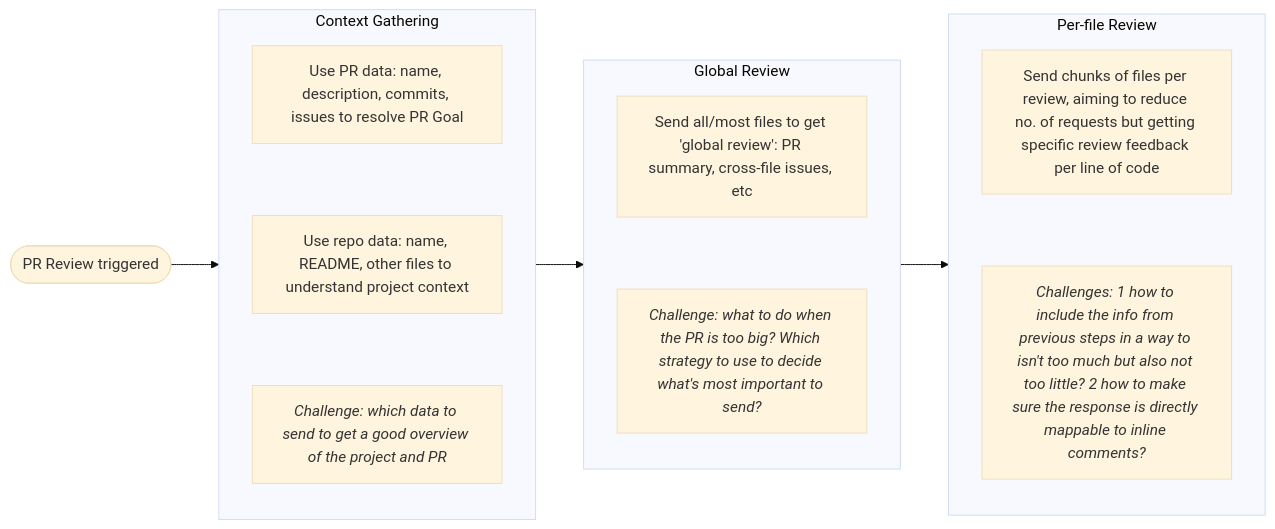
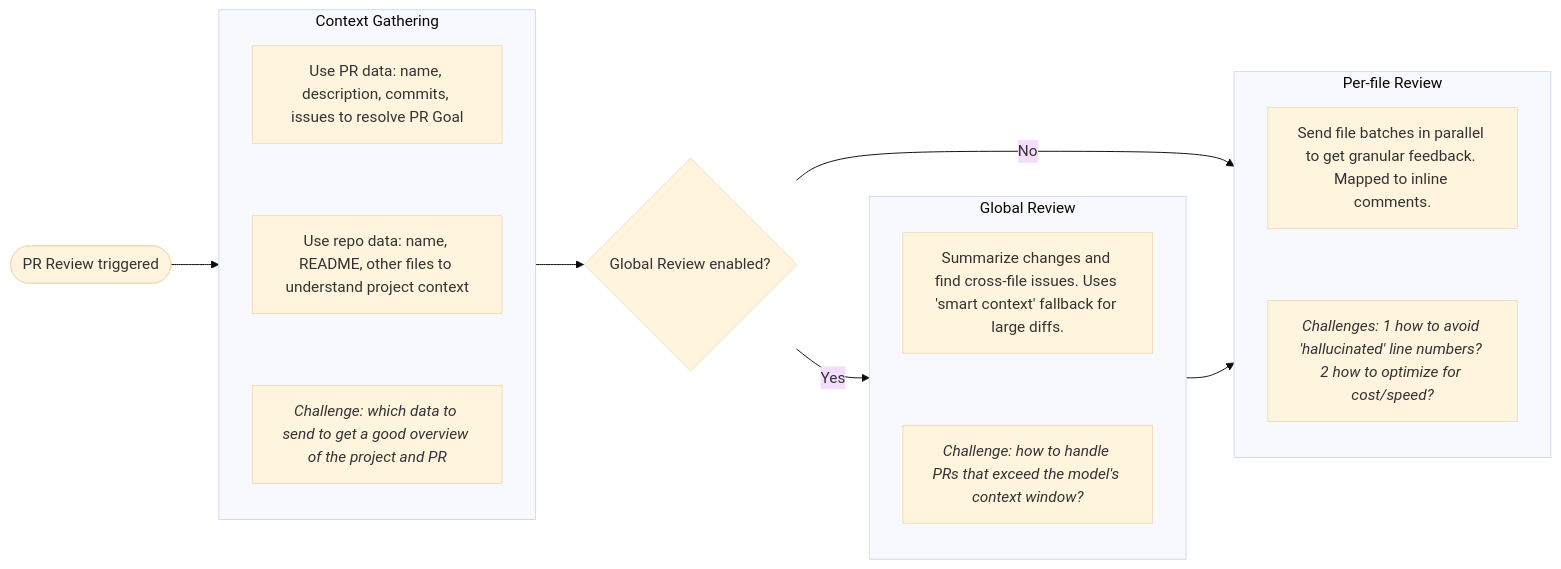
One commit to igorschechtel/gemini-pr-reviewer changed the diagram in overview.mermaid. Above: the diagram before and after it, drawn with Mermaid (base theme). The commit also changed 6 other files, not shown here.

Commit message:
feat: Implement smart context management for large PRs by sorting file structure, truncating prompts, and refining the review process diagram.

```diff
--- a/overview.mermaid
+++ b/overview.mermaid
@@ -1,34 +1,38 @@
 graph LR
     %% Node Definitions
     Trigger([PR Review triggered])
     
     subgraph ContextGathering [Context Gathering]
         direction TB
         PRData[Use PR data: name, description, commits, issues to resolve PR Goal]
         RepoData[Use repo data: name, README, other files to understand project context]
         Challenge1[<i>Challenge: which data to send to get a good overview of the project and PR</i>]
         
         PRData ~~~ RepoData
         RepoData ~~~ Challenge1
     end
 
+    IsGlobal{Global Review enabled?}
+
     subgraph GlobalReview [Global Review]
         direction TB
-        GlobalStep[Send all/most files to get 'global review': PR summary, cross-file issues, etc]
-        Challenge2[<i>Challenge: what to do when the PR is too big? Which strategy to use to decide what's most important to send?</i>]
+        GlobalStep[Summarize changes and find cross-file issues. Uses 'smart context' fallback for large diffs.]
+        Challenge2[<i>Challenge: how to handle PRs that exceed the model's context window?</i>]
         
         GlobalStep ~~~ Challenge2
     end
 
     subgraph PerFileReview [Per-file Review]
         direction TB
-        FileStep[Send chunks of files per review, aiming to reduce no. of requests but getting specific review feedback per line of code]
-        Challenge3[<i>Challenges: 1 how to include the info from previous steps in a way to isn't too much but also not too little? 2 how to make sure the response is directly mappable to inline comments?</i>]
+        FileStep[Send file batches in parallel to get granular feedback. Mapped to inline comments.]
+        Challenge3[<i>Challenges: 1 how to avoid 'hallucinated' line numbers? 2 how to optimize for cost/speed?</i>]
         
         FileStep ~~~ Challenge3
     end
 
     %% Connections
     Trigger --> ContextGathering
-    ContextGathering --> GlobalReview
+    ContextGathering --> IsGlobal
+    IsGlobal -- Yes --> GlobalReview
+    IsGlobal -- No --> PerFileReview
     GlobalReview --> PerFileReview
```
